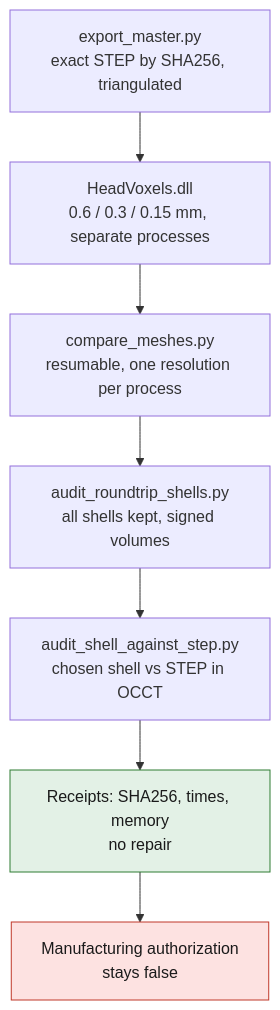
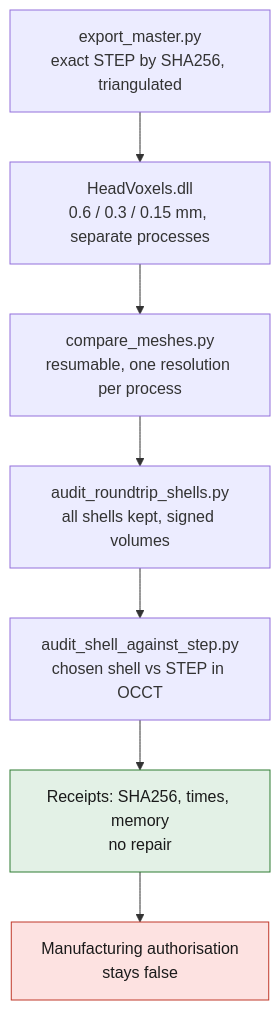
Before and after one commit to cluster2600/porscheparts: the diagram in twins/m64-cylinder-head/source/picogk/README.md, drawn with Mermaid. The commit also changed other lines of this file and 480 other files, not shown here.

````diff
--- a/twins/m64-cylinder-head/source/picogk/README.md
+++ b/twins/m64-cylinder-head/source/picogk/README.md
@@ -23,12 +23,12 @@
 ```mermaid
 flowchart TD
     A["export_master.py<br/>exact STEP by SHA256, triangulated"] --> B["HeadVoxels.dll<br/>0.6 / 0.3 / 0.15 mm, separate processes"]
     B --> C["compare_meshes.py<br/>resumable, one resolution per process"]
     C --> D["audit_roundtrip_shells.py<br/>all shells kept, signed volumes"]
     D --> E["audit_shell_against_step.py<br/>chosen shell vs STEP in OCCT"]
     E --> F["Receipts: SHA256, times, memory<br/>no repair"]:::ok
-    F --> G["Manufacturing authorization<br/>stays false"]:::stop
+    F --> G["Manufacturing authorisation<br/>stays false"]:::stop
     classDef stop fill:#fde2e1,stroke:#c0392b,color:#1a1a1a;
     classDef ok fill:#e3f1e6,stroke:#2e7d32,color:#1a1a1a;
     classDef open fill:#fff4d6,stroke:#b7791f,color:#1a1a1a;
 ```
````
